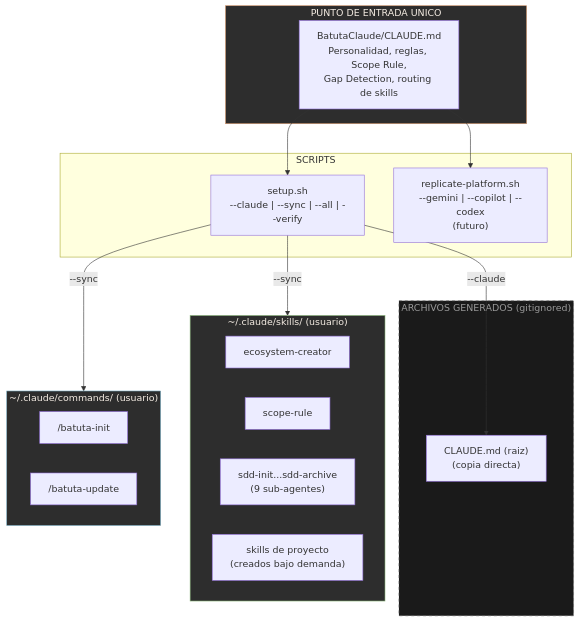
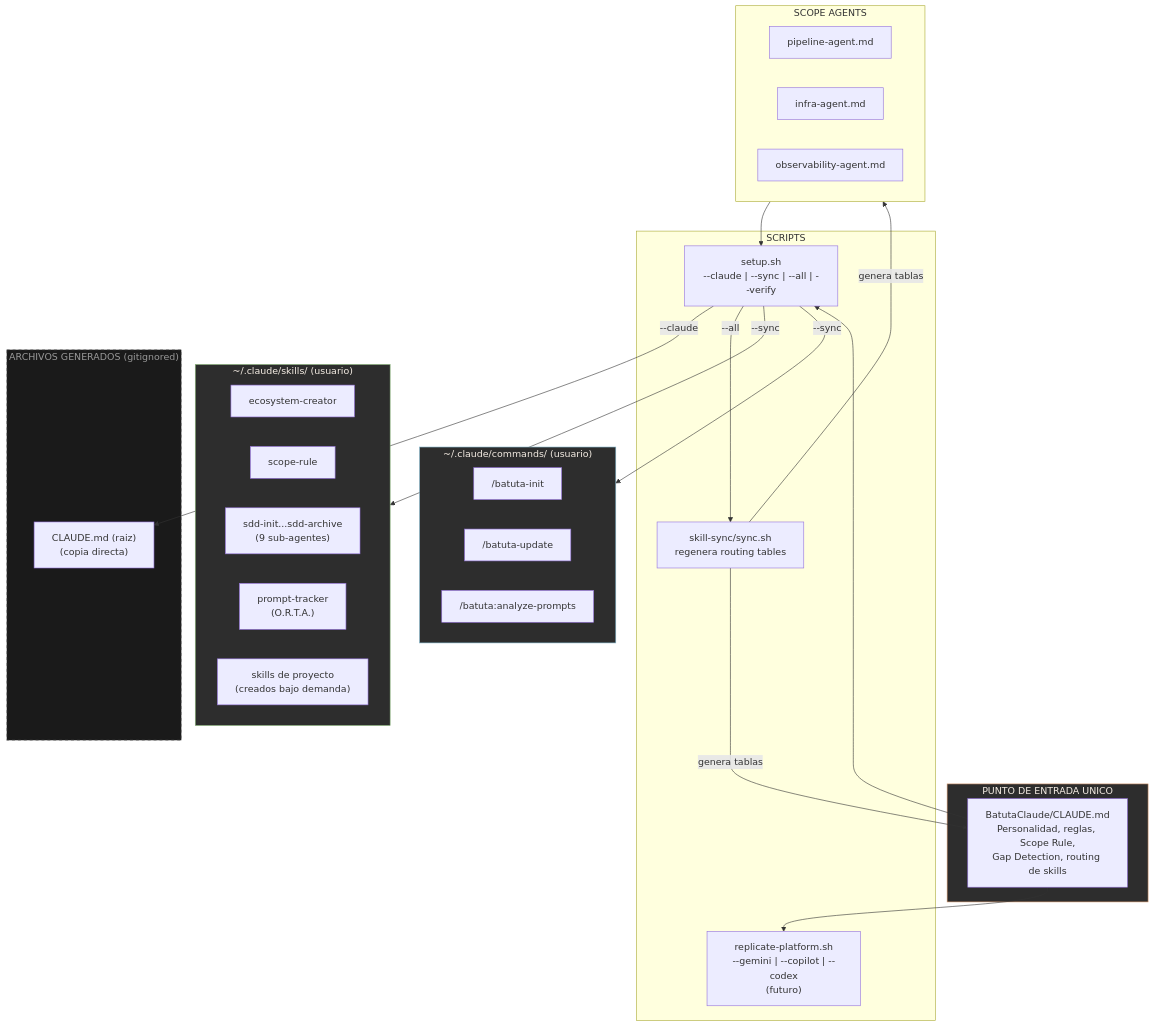
One commit to jota-batuta/batuta-dots changed the first of 12 diagrams in guides/arquitectura-diagrama.md. Above: the diagram before and after it, drawn with Mermaid. The commit also changed other lines of this file and 34 other files, not shown here.

````diff
--- a/guides/arquitectura-diagrama.md
+++ b/guides/arquitectura-diagrama.md
@@ -5,38 +5,51 @@
 ```mermaid
 flowchart TB
     subgraph FUENTE["PUNTO DE ENTRADA UNICO"]
         CLAUDE_SRC["BatutaClaude/CLAUDE.md<br/>Personalidad, reglas, Scope Rule,<br/>Gap Detection, routing de skills"]
     end
 
+    subgraph AGENTS_SRC["SCOPE AGENTS"]
+        AG_PIPELINE["pipeline-agent.md"]
+        AG_INFRA["infra-agent.md"]
+        AG_OBS["observability-agent.md"]
+    end
+
     subgraph SETUP["SCRIPTS"]
         SETUP_SH["setup.sh<br/>--claude | --sync | --all | --verify"]
+        SYNC_SH["skill-sync/sync.sh<br/>regenera routing tables"]
         REPLICATE["replicate-platform.sh<br/>--gemini | --copilot | --codex<br/>(futuro)"]
     end
 
     subgraph GENERADO["ARCHIVOS GENERADOS (gitignored)"]
         CLAUDE_GEN["CLAUDE.md (raiz)<br/>(copia directa)"]
     end
 
     subgraph SKILLS_LOCAL["~/.claude/skills/ (usuario)"]
         SK_ECO["ecosystem-creator"]
         SK_SCOPE["scope-rule"]
         SK_SDD["sdd-init...sdd-archive<br/>(9 sub-agentes)"]
+        SK_PROMPT["prompt-tracker<br/>(O.R.T.A.)"]
         SK_PROJECT["skills de proyecto<br/>(creados bajo demanda)"]
     end
 
     subgraph COMMANDS_LOCAL["~/.claude/commands/ (usuario)"]
         CMD_INIT["/batuta-init"]
         CMD_UPDATE["/batuta-update"]
+        CMD_ANALYZE["/batuta:analyze-prompts"]
     end
 
     CLAUDE_SRC --> SETUP_SH
+    AGENTS_SRC --> SETUP_SH
     SETUP_SH -->|"--claude"| CLAUDE_GEN
     SETUP_SH -->|"--sync"| SKILLS_LOCAL
     SETUP_SH -->|"--sync"| COMMANDS_LOCAL
+    SETUP_SH -->|"--all"| SYNC_SH
+    SYNC_SH -->|"genera tablas"| CLAUDE_SRC
+    SYNC_SH -->|"genera tablas"| AGENTS_SRC
     CLAUDE_SRC --> REPLICATE
 
     style FUENTE fill:#2d2d2d,stroke:#D4956A,color:#F5EDE4
     style GENERADO fill:#1a1a1a,stroke:#666,color:#999,stroke-dasharray: 5 5
     style SKILLS_LOCAL fill:#2d2d2d,stroke:#8BB87A,color:#F5EDE4
     style COMMANDS_LOCAL fill:#2d2d2d,stroke:#7AAFC4,color:#F5EDE4
 ```
````
